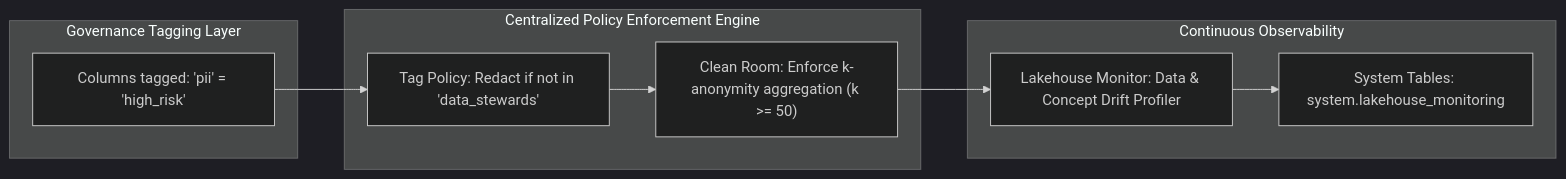
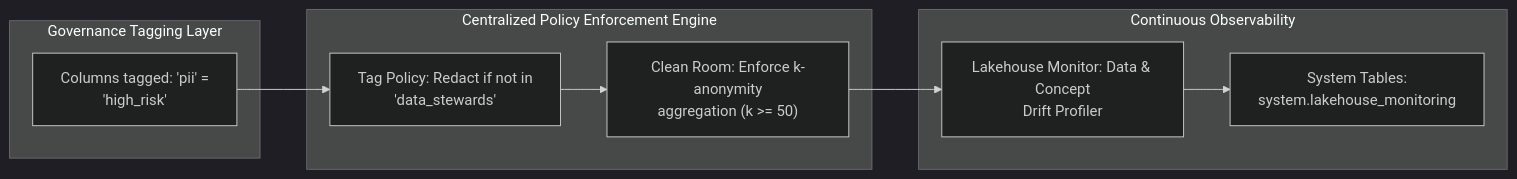
Before and after one commit to santoshjammi29/data-system-design-handbook: the second of 2 diagrams in architectures/04_zero_trust_enterprise_lakehouse_security.md, drawn with Mermaid (dark theme). The commit also changed other lines of this file and 15 other files, not shown here.

Commit message:
fix(diagrams): word-wrap labels and escape comparison operators across all diagrams

````diff
--- a/architectures/04_zero_trust_enterprise_lakehouse_security.md
+++ b/architectures/04_zero_trust_enterprise_lakehouse_security.md
@@ -91,19 +91,19 @@
 ```mermaid
 flowchart LR
     subgraph TagAssignment["Governance Tagging Layer"]
-        Tags["Columns tagged: 'pii' = 'high_risk'"]
+        Tags["Columns tagged: 'pii' =<br/>'high_risk'"]
     end
 
     subgraph PolicyEngine["Centralized Policy Enforcement Engine"]
-        ABAC["Tag Policy: Redact if not in 'data_stewards'"]
-        CleanRoom["Clean Room: Enforce k-anonymity aggregation (k >= 50)"]
+        ABAC["Tag Policy: Redact if not in<br/>'data_stewards'"]
+        CleanRoom["Clean Room: Enforce k-anonymity<br/>aggregation (k &gt;= 50)"]
     end
 
     subgraph Profiling["Continuous Observability"]
-        DriftMonitor["Lakehouse Monitor: Data & Concept Drift Profiler"]
-        SystemTable["System Tables: system.lakehouse_monitoring"]
+        DriftMonitor["Lakehouse Monitor: Data & Concept<br/>Drift Profiler"]
+        SystemTable["System Tables:<br/>system.lakehouse_monitoring"]
     end
 
     Tags --> ABAC --> CleanRoom
     CleanRoom --> DriftMonitor --> SystemTable
 ```
````
